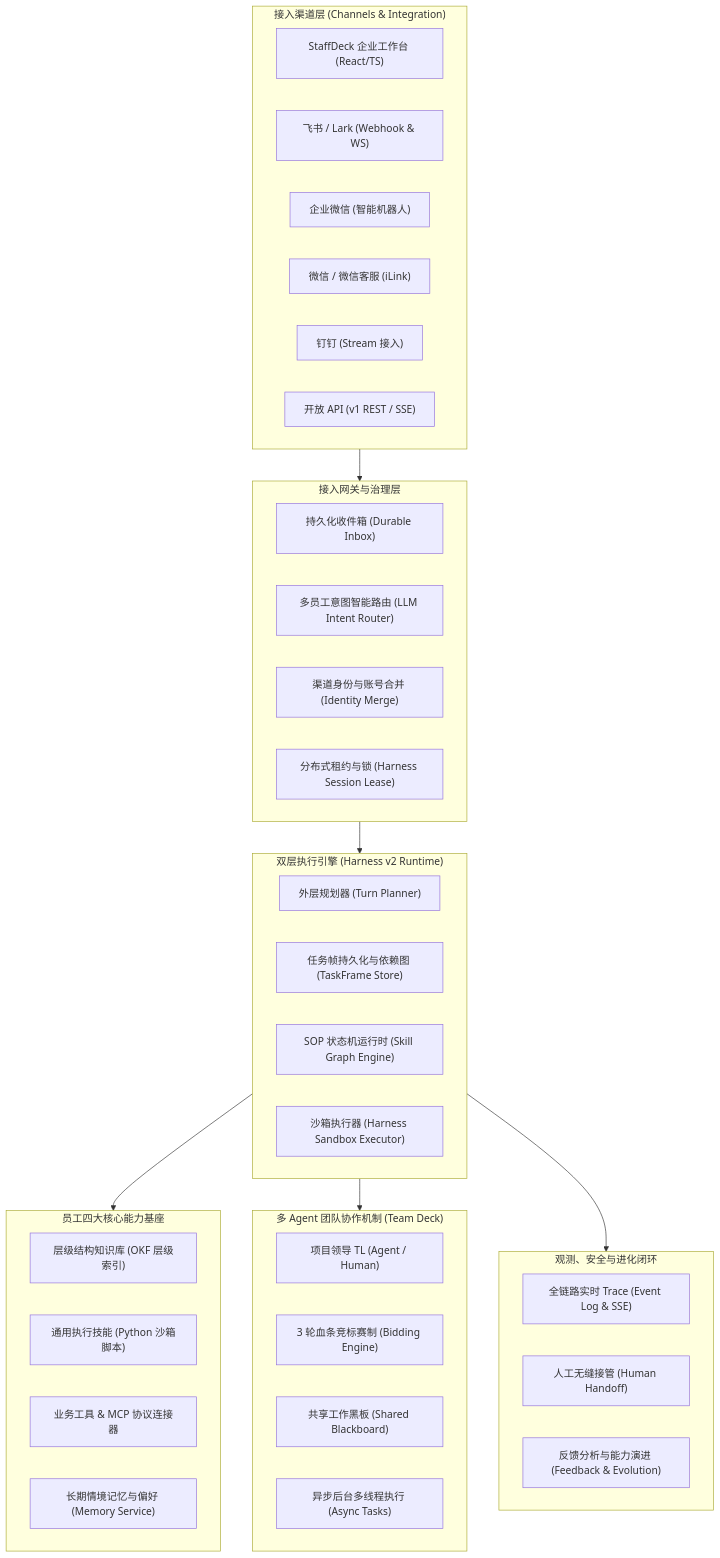
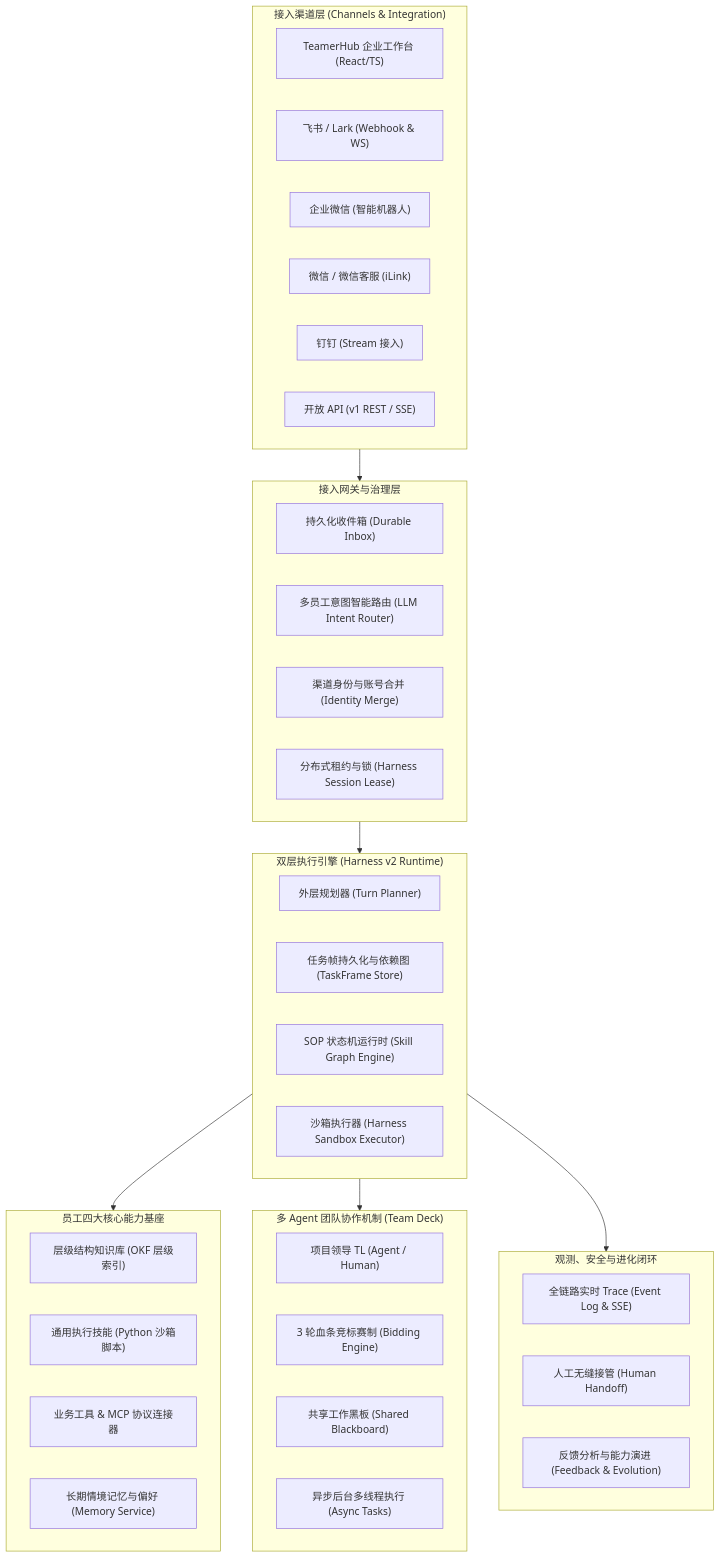
One commit to qiq-mine/hch-staff-hub changed the first of 3 diagrams in README.md. Above: the diagram before and after it, drawn with Mermaid. The commit also changed 5 other files, not shown here.

````diff
--- a/README.md
+++ b/README.md
@@ -66,51 +66,51 @@
 ```mermaid
 flowchart TB
     subgraph ClientChannels["接入渠道层 (Channels & Integration)"]
-        WebConsole["StaffDeck 企业工作台 (React/TS)"]
+        WebConsole["TeamerHub 企业工作台 (React/TS)"]
         Feishu["飞书 / Lark (Webhook & WS)"]
         WeCom["企业微信 (智能机器人)"]
         WeChat["微信 / 微信客服 (iLink)"]
         DingTalk["钉钉 (Stream 接入)"]
         OpenAPI["开放 API (v1 REST / SSE)"]
     end
 
     subgraph GatewayRouting["接入网关与治理层"]
         DurableInbox["持久化收件箱 (Durable Inbox)"]
         IntentRouter["多员工意图智能路由 (LLM Intent Router)"]
         IdentityMerge["渠道身份与账号合并 (Identity Merge)"]
         SessionLease["分布式租约与锁 (Harness Session Lease)"]
     end
 
     subgraph CoreEngine["双层执行引擎 (Harness v2 Runtime)"]
         TurnPlanner["外层规划器 (Turn Planner)"]
         TaskFrameStore["任务帧持久化与依赖图 (TaskFrame Store)"]
         SOPRuntime["SOP 状态机运行时 (Skill Graph Engine)"]
         HarnessExecutor["沙箱执行器 (Harness Sandbox Executor)"]
     end
 
     subgraph Capabilities["员工四大核心能力基座"]
         KnowledgeOKF["层级结构知识库 (OKF 层级索引)"]
         GeneralSkills["通用执行技能 (Python 沙箱脚本)"]
         EnterpriseTools["业务工具 & MCP 协议连接器"]
         MemoryService["长期情境记忆与偏好 (Memory Service)"]
     end
 
     subgraph MultiAgentTeam["多 Agent 团队协作机制 (Team Deck)"]
         TeamLeader["项目领导 TL (Agent / Human)"]
         BiddingEngine["3 轮血条竞标赛制 (Bidding Engine)"]
         Blackboard["共享工作黑板 (Shared Blackboard)"]
         AsyncThreads["异步后台多线程执行 (Async Tasks)"]
     end
 
     subgraph ObservabilityEvolution["观测、安全与进化闭环"]
         EventTrace["全链路实时 Trace (Event Log & SSE)"]
         HITLHandoff["人工无缝接管 (Human Handoff)"]
         EvolutionFeedback["反馈分析与能力演进 (Feedback & Evolution)"]
     end
 
     ClientChannels --> GatewayRouting
     GatewayRouting --> CoreEngine
     CoreEngine --> Capabilities
     CoreEngine --> MultiAgentTeam
     CoreEngine --> ObservabilityEvolution
 ```
````
